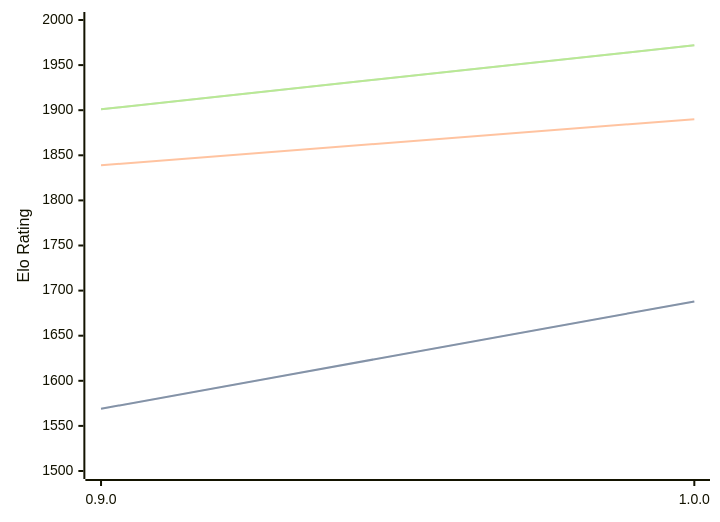
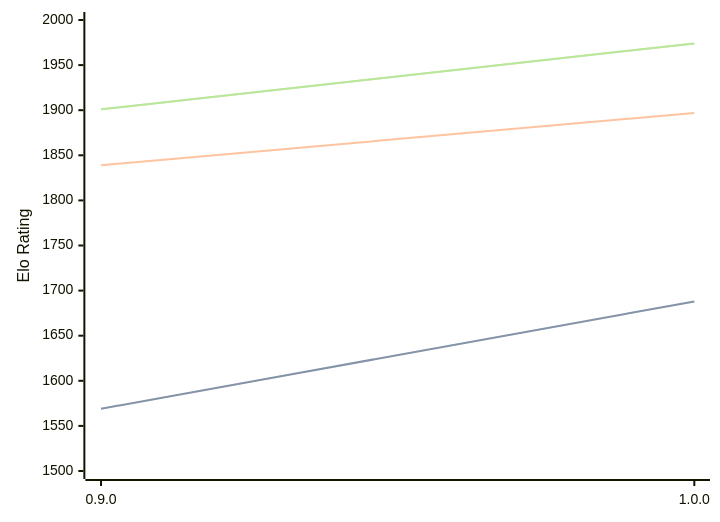
Before and after one commit to computer-chess-index/cci: the diagram in engines/Ratsu.md, drawn with Mermaid. The commit also changed other lines of this file, not shown here.

Commit message:
Update CCI Ratings (ELO VLTC) - 2026-03-06

````diff
--- a/engines/Ratsu.md
+++ b/engines/Ratsu.md
@@ -30,11 +30,11 @@
 ```mermaid
 %%{init: {"theme":"base","themeVariables":{"seriesColors:['#a3a3a3','#222221','#faa371']}}}%%
 xychart-beta
   x-axis ["0.9.0", "1.0.0"]
   y-axis "Elo Rating" 1500 --> 2000
   line "STC (8.0+0.08s)" [1569, 1688]
   line "STC (8.0+0.08s)" [1569, 1688]
-  line "LTC (60.0+0.60s)" [1839, 1890]
-  line "VLTC (2m24s+1.12s)" [1901, 1972]
-  line "VLTC (2m24s+1.12s)" [1901, 1972]
+  line "LTC (60.0+0.60s)" [1839, 1897]
+  line "VLTC (2m24s+1.12s)" [1901, 1974]
+  line "VLTC (2m24s+1.12s)" [1901, 1974]
 ```
````
